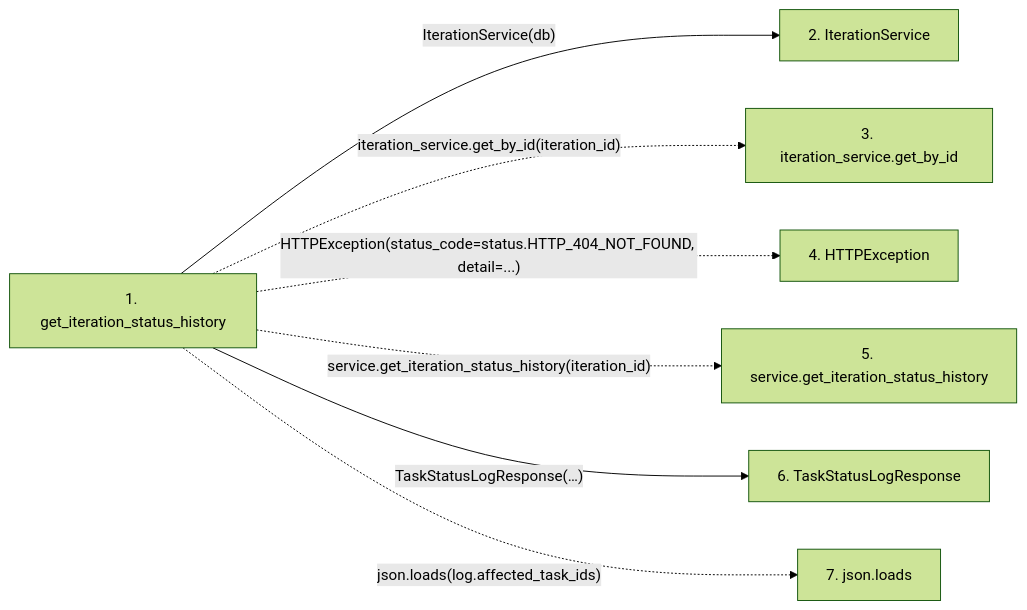
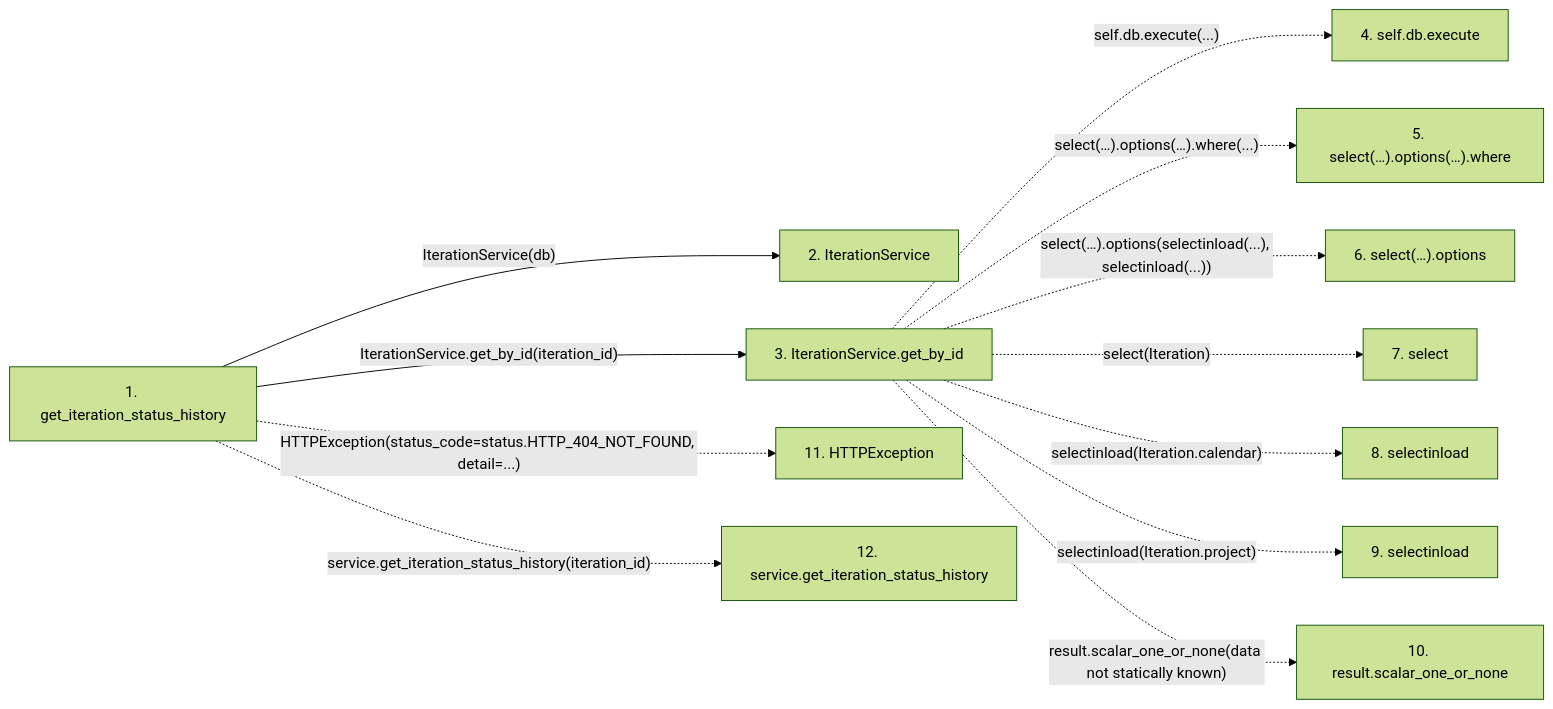
Before and after one commit to Denissvgn/WorkChord: the second of 2 diagrams in docs/llm_wiki/flows/http-get_iteration_status_history.md, drawn with Mermaid (forest theme). The commit also changed other lines of this file and 25171 other files, not shown here.

````diff
--- a/docs/llm_wiki/flows/http-get_iteration_status_history.md
+++ b/docs/llm_wiki/flows/http-get_iteration_status_history.md
@@ -30,19 +77,29 @@
 ```mermaid
 flowchart LR
     s1["1. get_iteration_status_history"]
     s2["2. IterationService"]
-    s3["3. iteration_service.get_by_id"]
-    s4["4. HTTPException"]
-    s5["5. service.get_iteration_status_history"]
-    s6["6. TaskStatusLogResponse"]
-    s7["7. json.loads"]
+    s3["3. IterationService.get_by_id"]
+    s4["4. self.db.execute"]
+    s5["5. select(…).options(…).where"]
+    s6["6. select(…).options"]
+    s7["7. select"]
+    s8["8. selectinload"]
+    s9["9. selectinload"]
+    s10["10. result.scalar_one_or_none"]
+    s11["11. HTTPException"]
+    s12["12. service.get_iteration_status_history"]
     s1 -->|"IterationService(db)"| s2
-    s1 -. "iteration_service.get_by_id(iteration_id)" .-> s3
-    s1 -. "HTTPException(status_code=status.HTTP_404_NOT_FOUND, detail=...)" .-> s4
-    s1 -. "service.get_iteration_status_history(iteration_id)" .-> s5
-    s1 -->|"TaskStatusLogResponse(…)"| s6
-    s1 -. "json.loads(log.affected_task_ids)" .-> s7
+    s1 -->|"IterationService.get_by_id(iteration_id)"| s3
+    s3 -. "self.db.execute(...)" .-> s4
+    s3 -. "select(…).options(…).where(...)" .-> s5
+    s3 -. "select(…).options(selectinload(...), selectinload(...))" .-> s6
+    s3 -. "select(Iteration)" .-> s7
+    s3 -. "selectinload(Iteration.calendar)" .-> s8
+    s3 -. "selectinload(Iteration.project)" .-> s9
+    s3 -. "result.scalar_one_or_none(data not statically known)" .-> s10
+    s1 -. "HTTPException(status_code=status.HTTP_404_NOT_FOUND, detail=...)" .-> s11
+    s1 -. "service.get_iteration_status_history(iteration_id)" .-> s12
     click s1 "../modules/tasks.md"
     click s2 "../modules/iteration_service.md"
-    click s6 "../modules/schemas_task.md"
+    click s3 "../modules/iteration_service.md"
 ```
````
